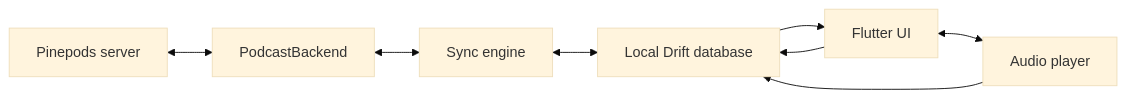
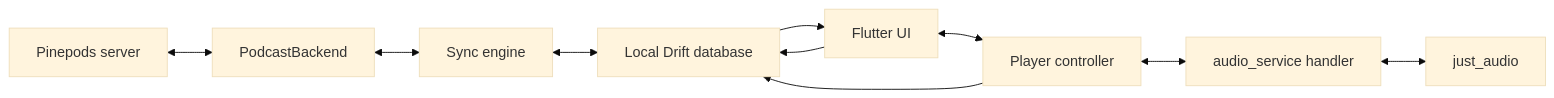
One commit to mfalicoff/podpine changed the diagram in docs/ARCHITECTURE.md. Above: the diagram before and after it, drawn with Mermaid (base theme). The commit also changed other lines of this file and 13 other files, not shown here.

First line of the commit message:
Add audio_service background playback integration

````diff
--- a/docs/ARCHITECTURE.md
+++ b/docs/ARCHITECTURE.md
@@ -5,10 +5,12 @@
 ```mermaid
 flowchart LR
     PP["Pinepods server"] <--> BE["PodcastBackend"]
     BE <--> SY["Sync engine"]
     SY <--> DB["Local Drift database"]
     DB --> UI["Flutter UI"]
     UI --> DB
-    UI <--> PL["Audio player"]
-    PL --> DB
+    UI <--> PC["Player controller"]
+    PC <--> AS["audio_service handler"]
+    AS <--> PL["just_audio"]
+    PC --> DB
 ```
````
